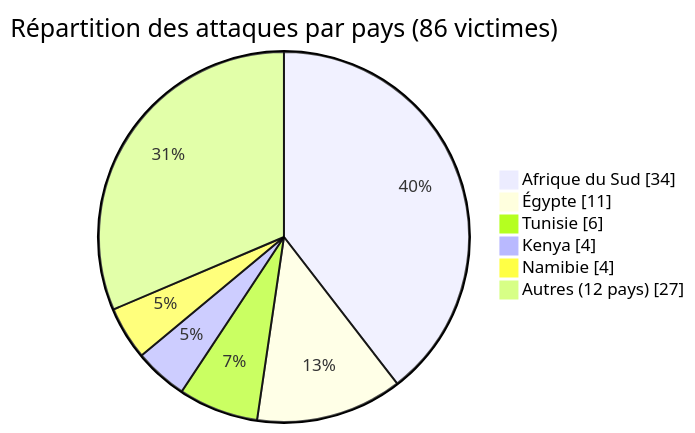
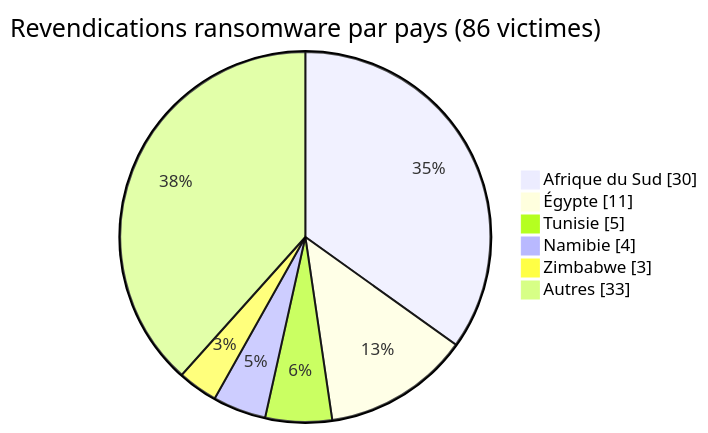
One commit to Hatchepsoute/AFRINTEL changed the first of 5 diagrams in CyberAttackAfrica/2024/README_FR.md. Above: the diagram before and after it, drawn with Mermaid. The commit also changed other lines of this file and 3 other files, not shown here.

````diff
--- a/CyberAttackAfrica/2024/README_FR.md
+++ b/CyberAttackAfrica/2024/README_FR.md
@@ -62,10 +97,10 @@
 ```mermaid
 pie showData
-    title Répartition des attaques par pays (86 victimes)
-    "Afrique du Sud" : 34
+    title Revendications ransomware par pays (86 victimes)
+    "Afrique du Sud" : 30
     "Égypte" : 11
-    "Tunisie" : 6
-    "Kenya" : 4
+    "Tunisie" : 5
     "Namibie" : 4
-    "Autres (12 pays)" : 27
+    "Zimbabwe" : 3
+    "Autres" : 33
 ```
````
